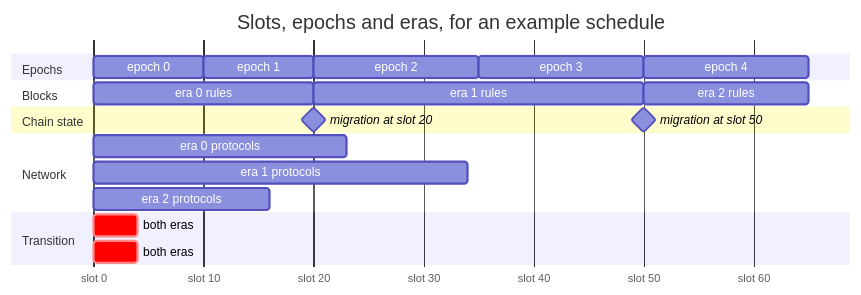
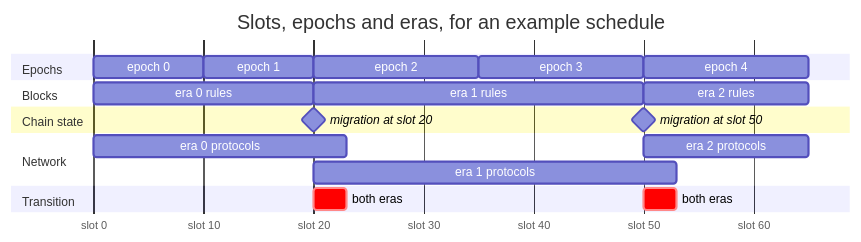
Before and after one commit to logos-co/logos-lips: the first of 7 diagrams in docs/blockchain/raw/bedrock-eras.md, drawn with Mermaid. The commit also changed other lines of this file and 2 other files, not shown here.

````diff
--- a/docs/blockchain/raw/bedrock-eras.md
+++ b/docs/blockchain/raw/bedrock-eras.md
@@ -36,34 +36,34 @@
 ```mermaid
 ---
 displayMode: compact
 config:
   gantt:
     useWidth: 800
 ---
 gantt
     title Slots, epochs and eras, for an example schedule
     dateFormat X
     axisFormat slot %s
     tickInterval 10second
     todayMarker off
     section Epochs
         epoch 0 : p0, 0, 10s
         epoch 1 : p1, after p0, 10s
         epoch 2 : p2, after p1, 15s
         epoch 3 : p3, after p2, 15s
         epoch 4 : p4, after p3, 15s
     section Blocks
         era 0 rules : r0, 0, 20s
         era 1 rules : r1, after r0, 30s
         era 2 rules : r2, after r1, 15s
     section Chain state
         migration at slot 20 : milestone, m1, after r0, 0s
         migration at slot 50 : milestone, m2, after r1, 0s
     section Network
         era 0 protocols : n0, 0, 23s
-        era 1 protocols : n1, 19, 34s
-        era 2 protocols : n2, 49, 16s
+        era 1 protocols : n1, after r0, 33s
+        era 2 protocols : n2, after r1, 15s
     section Transition
-        both eras : crit, t1, 19, 4s
-        both eras : crit, t2, 49, 4s
+        both eras : crit, t1, after r0, 3s
+        both eras : crit, t2, after r1, 3s
 ```
````
